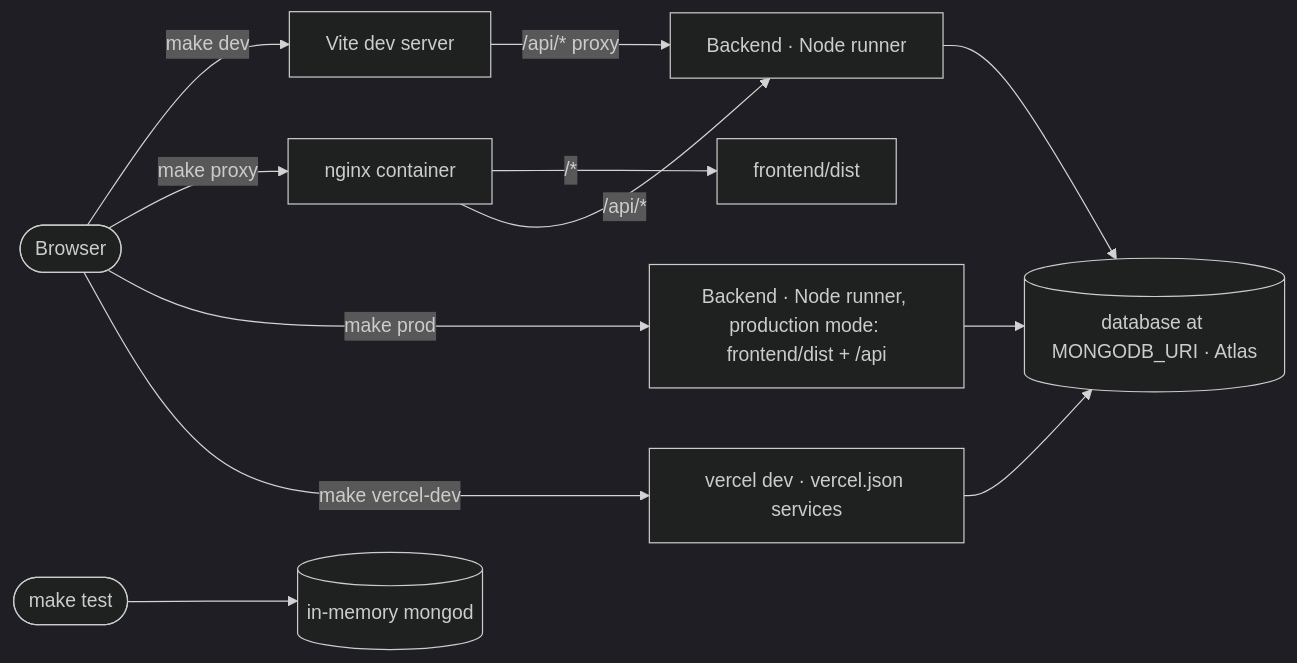
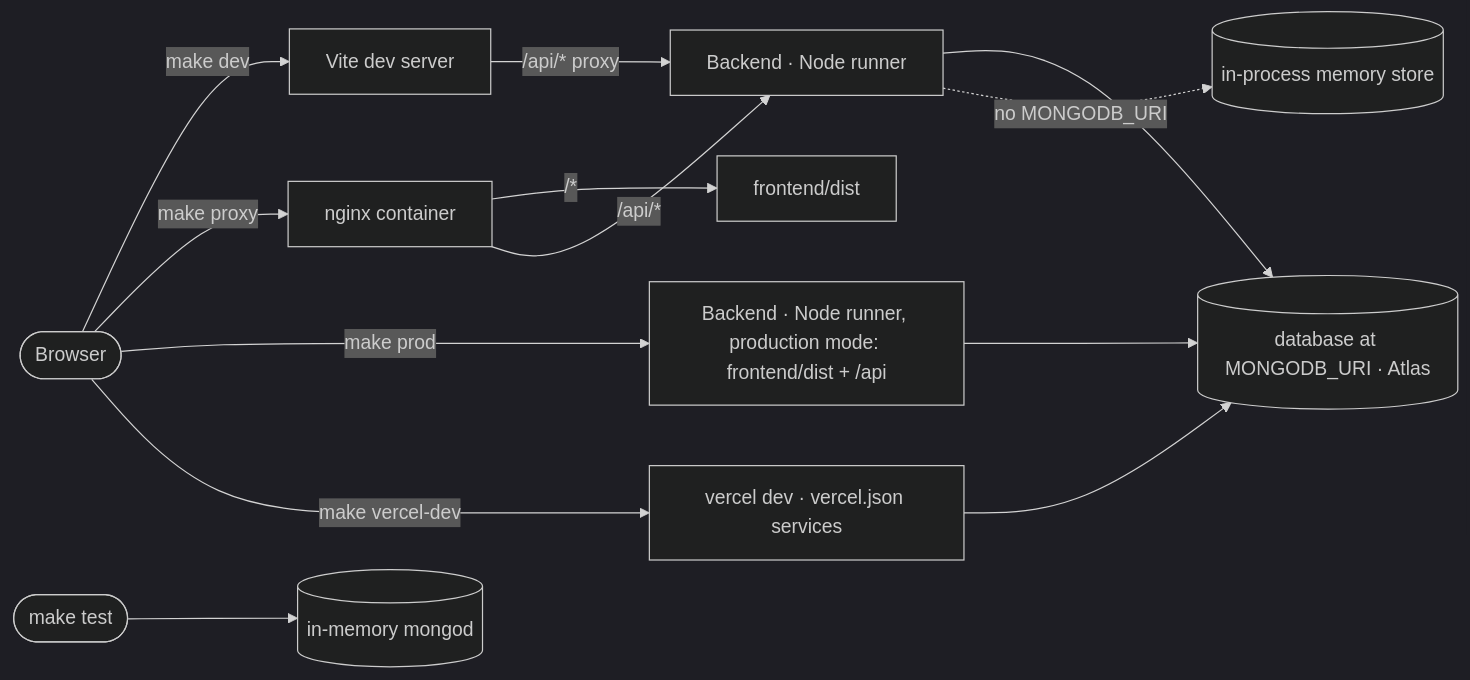
Before and after one commit to Nikhil-Mundhra/Wealth-Advisor: the second of 2 diagrams in docs/architecture/c2-containers.md, drawn with Mermaid (dark theme). The commit also changed 13 other files, not shown here.

````diff
--- a/docs/architecture/c2-containers.md
+++ b/docs/architecture/c2-containers.md
@@ -14,15 +14,16 @@
 ```mermaid
 flowchart LR
   dev([Browser])
   dev -->|make dev| vite[Vite dev server]
   vite -->|"/api/* proxy"| api[Backend · Node runner]
   dev -->|make proxy| nginx[nginx container]
   nginx -->|"/*"| dist[frontend/dist]
   nginx -->|"/api/*"| api
   dev -->|make prod| prod[Backend · Node runner, production mode: frontend/dist + /api]
   dev -->|make vercel-dev| vdev[vercel dev · vercel.json services]
   api --> db[(database at MONGODB_URI · Atlas)]
   prod --> db
   vdev --> db
+  api -. "no MONGODB_URI" .-> store[(in-process memory store)]
   tests([make test]) --> mem[(in-memory mongod)]
 ```
````
